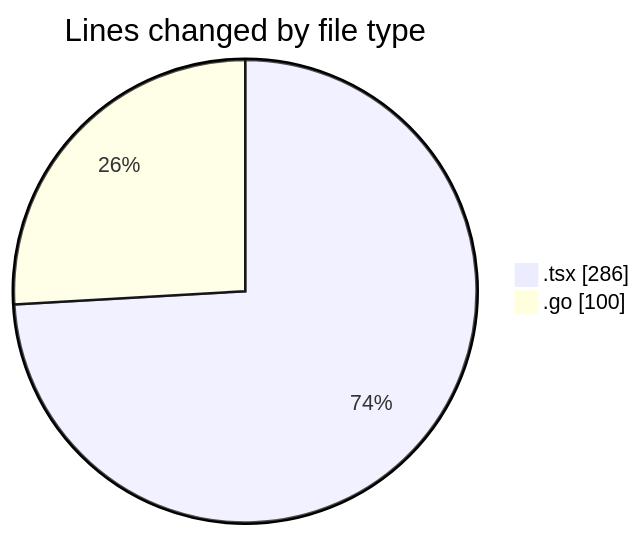
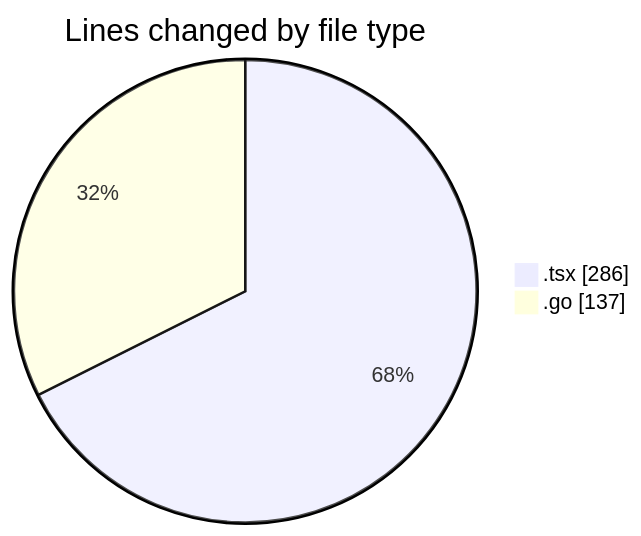
The first of 2 diagrams in 2025-03-04/termonied_testador/README.md (robertbonfada/code-tracking), drawn with Mermaid before and after one commit. The commit also changed other lines of this file and 1 other file, not shown here.

````diff
--- a/2025-03-04/termonied_testador/README.md
+++ b/2025-03-04/termonied_testador/README.md
@@ -22,6 +23,6 @@
 ```mermaid
 pie showData
 title Lines changed by file type
 ".tsx" : 286
-".go" : 100
+".go" : 137
 ```
````
